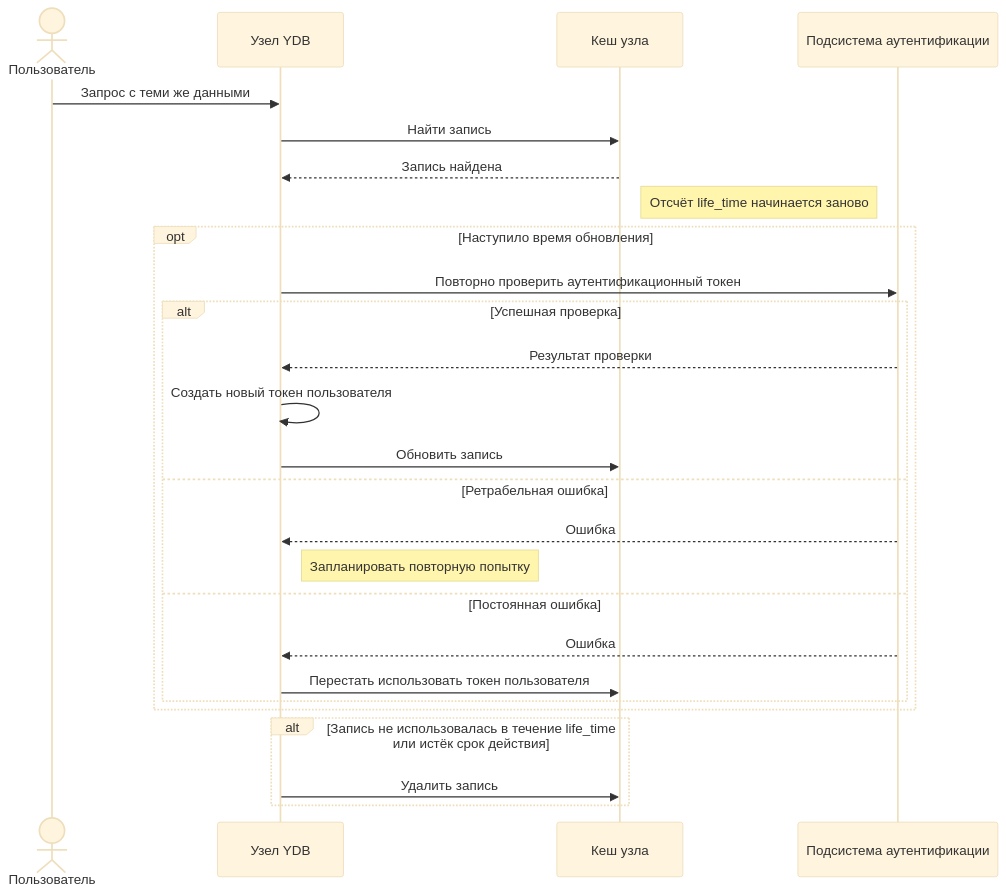
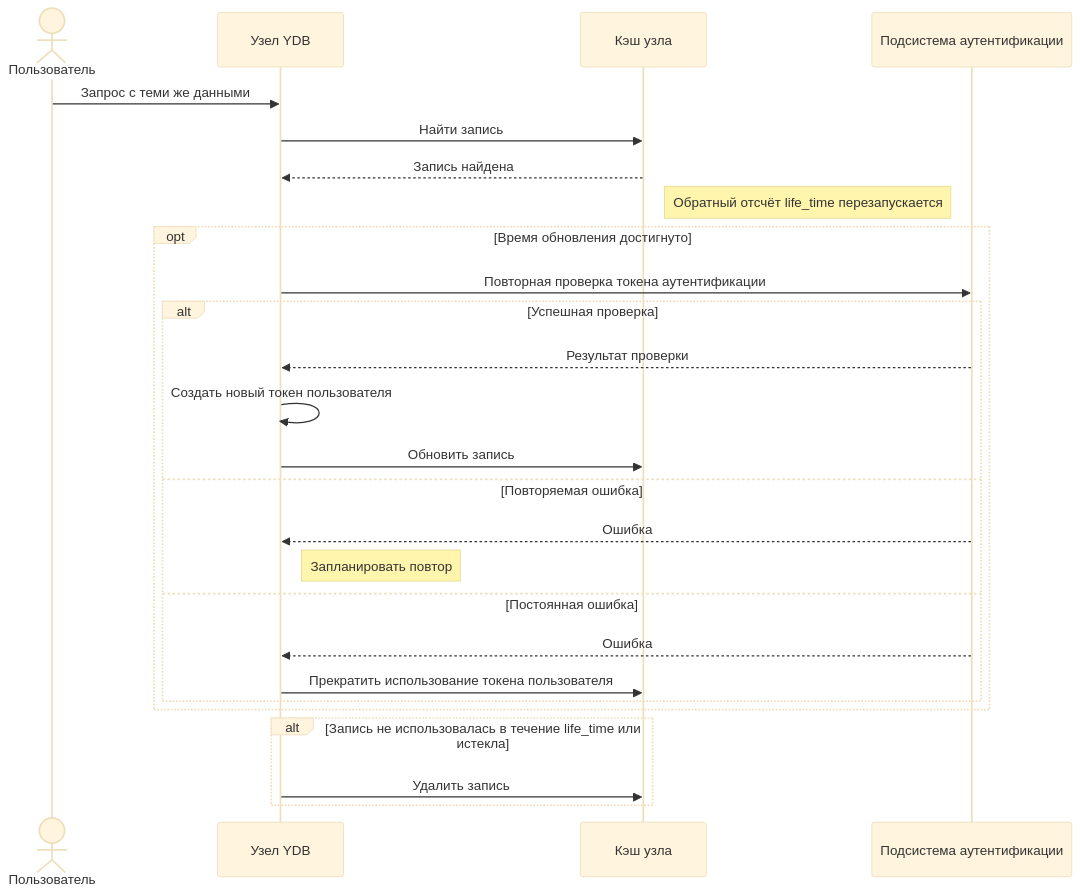
One commit to ydb-platform/ydb changed the diagram in ydb/docs/ru/core/security/_assets/user-token-lifecycle.md. Above: the diagram before and after it, drawn with Mermaid (base theme). The commit also changed 4 other files, not shown here.

````diff
--- a/ydb/docs/ru/core/security/_assets/user-token-lifecycle.md
+++ b/ydb/docs/ru/core/security/_assets/user-token-lifecycle.md
@@ -1,31 +1,31 @@
 ```mermaid
 sequenceDiagram
     actor user as Пользователь
     participant node as Узел YDB
-    participant cache as Кеш узла
+    participant cache as Кэш узла
     participant auth as Подсистема аутентификации
 
     user->>node: Запрос с теми же данными
     node->>cache: Найти запись
     cache-->>node: Запись найдена
-    Note right of cache: Отсчёт life_time начинается заново
+    Note right of cache: Обратный отсчёт life_time перезапускается
 
-    opt Наступило время обновления
-        node->>auth: Повторно проверить аутентификационный токен
+    opt Время обновления достигнуто
+        node->>auth: Повторная проверка токена аутентификации
         alt Успешная проверка
             auth-->>node: Результат проверки
             node->>node: Создать новый токен пользователя
             node->>cache: Обновить запись
-        else Ретрабельная ошибка
+        else Повторяемая ошибка
             auth-->>node: Ошибка
-            Note right of node: Запланировать повторную попытку
+            Note right of node: Запланировать повтор
         else Постоянная ошибка
             auth-->>node: Ошибка
-            node->>cache: Перестать использовать токен пользователя
+            node->>cache: Прекратить использование токена пользователя
         end
     end
 
-    alt Запись не использовалась в течение life_time или истёк срок действия
+    alt Запись не использовалась в течение life_time или истекла
         node->>cache: Удалить запись
     end
 ```
````
